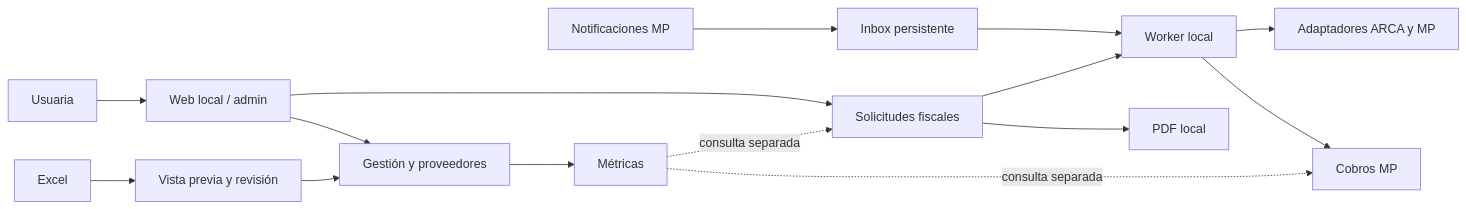
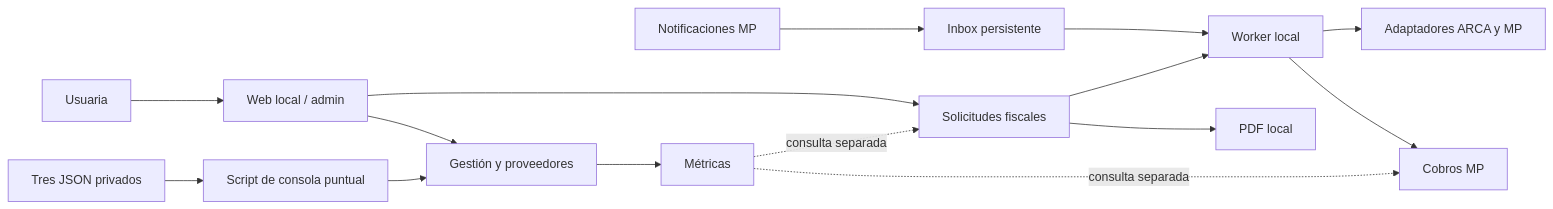
Before and after one commit to paezagustin/arca_dys: the diagram in docs/ARQUITECTURA.md, drawn with Mermaid. The commit also changed other lines of this file and 42 other files, not shown here.

Commit message:
Reemplazar importacion Excel por carga inicial JSON y agregar icono movil

````diff
--- a/docs/ARQUITECTURA.md
+++ b/docs/ARQUITECTURA.md
@@ -8,17 +8,17 @@
 ```mermaid
 flowchart LR
     U[Usuaria] --> W[Web local / admin]
     MP[Notificaciones MP] --> I[Inbox persistente]
     I --> Q[Worker local]
     W --> F[Solicitudes fiscales]
     F --> Q
     Q --> A[Adaptadores ARCA y MP]
     Q --> C[Cobros MP]
     W --> G[Gestión y proveedores]
-    X[Excel] --> V[Vista previa y revisión]
+    X[Tres JSON privados] --> V[Script de consola puntual]
     V --> G
     G --> R[Métricas]
     F --> P[PDF local]
     R -. consulta separada .-> F
     R -. consulta separada .-> C
 ```
````
